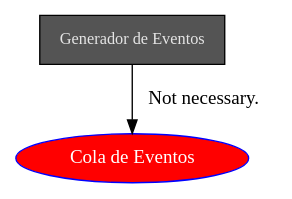
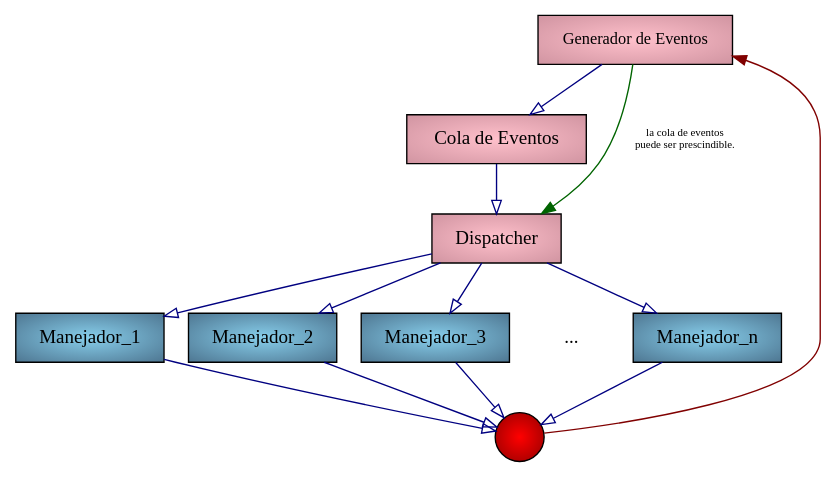
The diagram in pde.gv (antoniocorbibellot/graphviz), drawn with Graphviz before and after one commit.

Commit message:
Ejemplo t6 programacion 2 terminado.

```diff
--- a/pde.gv
+++ b/pde.gv
@@ -1,11 +1,52 @@
-digraph pde {
+digraph pde
+{
+    ///////////
+    // Nodos //
+    ///////////
+    // Event Generator
     ge [margin = "0" width = "1"
-        fontcolor = "gray90" fontsize = "12"
-        shape = "rectangle" style = "filled" fillcolor = "gray33"
-        label = "Generador de Eventos"];
-    ce [label = "Cola de Eventos"
-        style = "filled" fillcolor = "red"
-        color = "blue" fontcolor = "white"];
+        fontcolor = "black" fontsize = "12"
+        shape = "box" style = "radial" fillcolor = "pink:pink3"
+        label = " Generador de Eventos "];
+    // Event Queue
+    ce [label = "Cola de Eventos" fontcolor = "black"
+        style = "radial" fillcolor = "pink:pink3" shape = "box"];
+    // Dsipatcher
+    dp [label = "Dispatcher" fontcolor = "black"
+        style = "radial" fillcolor = "pink:pink3" shape = "box"];
+    // Managers
+    m1 [label = "Manejador_1" fontcolor = "black"
+        style = "radial" fillcolor = "skyblue:skyblue4" shape = "box"];
+    m2 [label = "Manejador_2" fontcolor = "black"
+        style = "radial" fillcolor = "skyblue:skyblue4" shape = "box"];
+    m3 [label = "Manejador_3" fontcolor = "black"
+        style = "radial" fillcolor = "skyblue:skyblue4" shape = "box"];
+    mp [label = "..." fontcolor = "black" shape = "none"];
+    mn [label = "Manejador_n" fontcolor = "black"
+        style = "radial" fillcolor = "skyblue:skyblue4" shape = "box"];
+    // End point
+    ep [label = "" style = "radial" fillcolor = "red1:red4" shape = "circle"];
 
-    ge -> ce [label="Not necessary."];
+    ////////////////
+    // Conexiones //
+    ////////////////
+    //todas las flechas tienen la cabeza no-rellena
+    edge [arrowhead = "onormal" color=navy]
+    //
+    ge -> ce 
+    ce -> dp 
+    dp -> m1 
+    dp -> m2 
+    dp -> m3 
+    dp -> mp [style = "invis"];
+    dp -> mn;
+    m1 -> ep;
+    m2 -> ep;
+    m3 -> ep;
+    mp -> ep [style = "invis"];
+    mn -> ep;
+    ep -> ge [color=maroon arrowhead=normal];
+    ge -> dp [label=" la cola de eventos\npuede ser prescindible."
+              fontsize=8 color=darkgreen arrowhead=normal];
+    
 }
```
